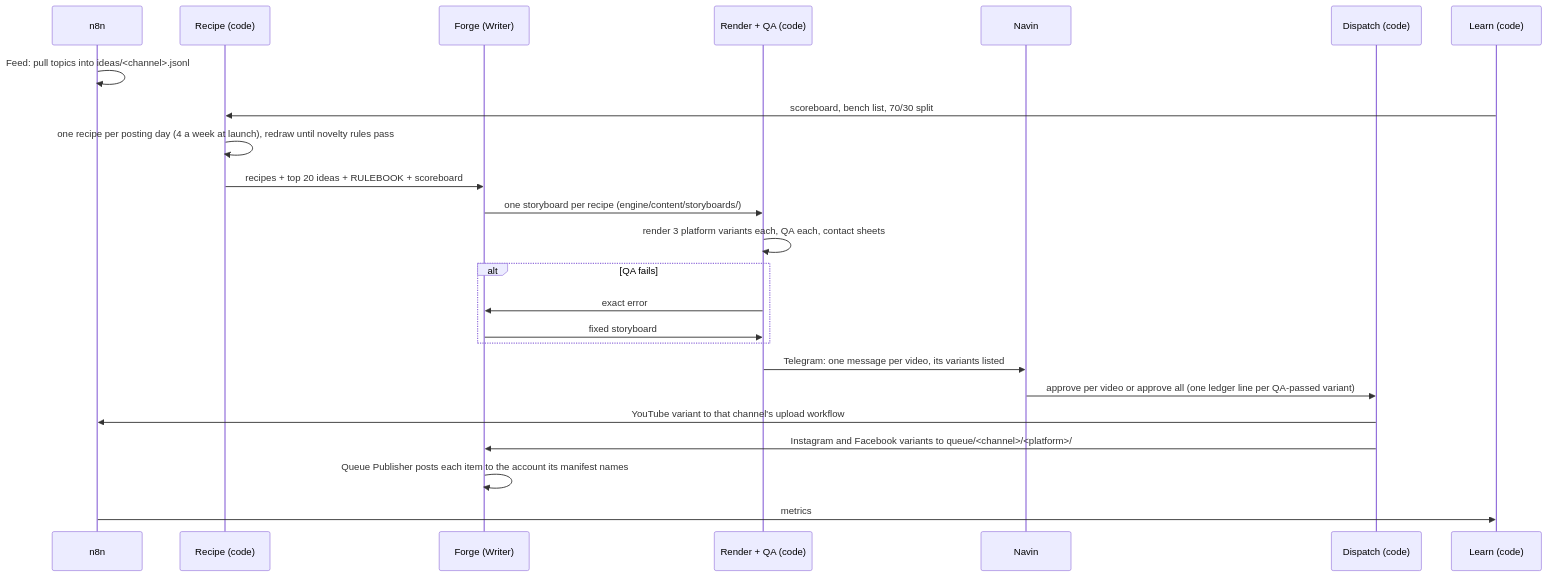
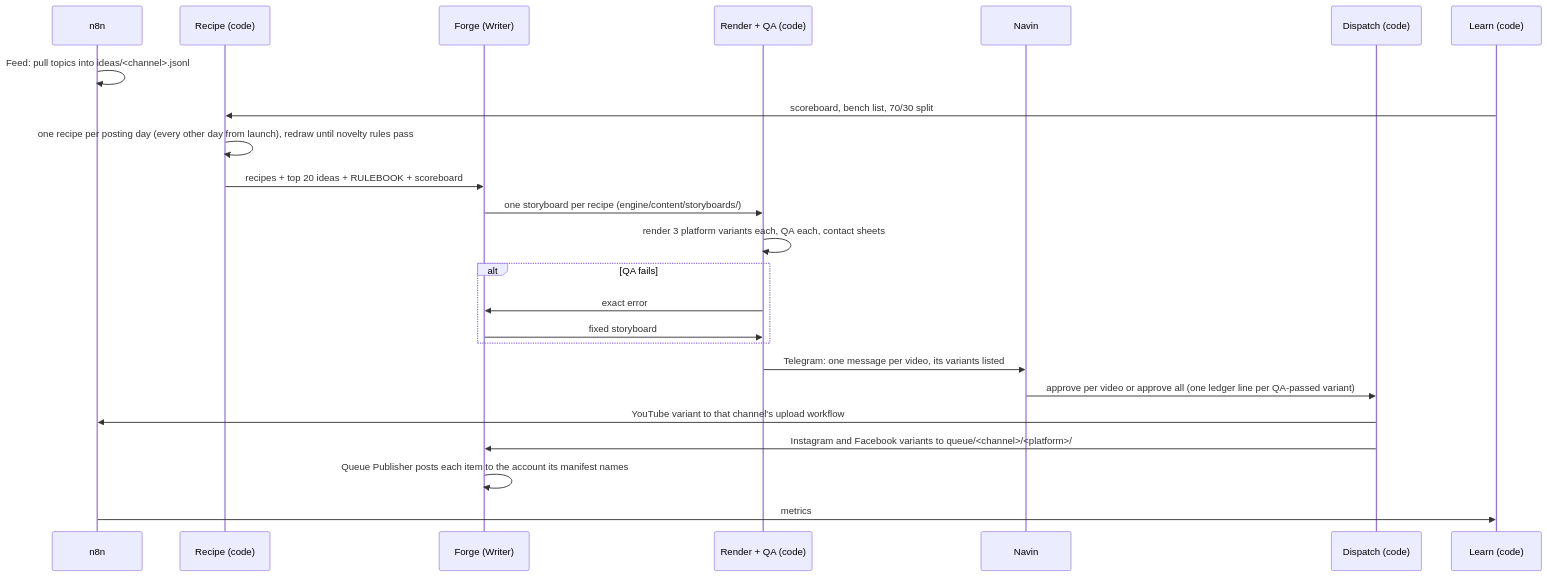
One commit to navin-labs/agent-studio changed the diagram in docs/WORKFLOW.md. Above: the diagram before and after it, drawn with Mermaid. The commit also changed 15 other files, not shown here.

Commit message:
feat: launch Sun 4 Oct, then every other day from launch (cadence every_days/start)

````diff
--- a/docs/WORKFLOW.md
+++ b/docs/WORKFLOW.md
@@ -6,26 +6,26 @@
 ```mermaid
 sequenceDiagram
   participant N8N as n8n
   participant REC as Recipe (code)
   participant FG as Forge (Writer)
   participant RE as Render + QA (code)
   participant NV as Navin
   participant DS as Dispatch (code)
   participant LN as Learn (code)
   N8N->>N8N: Feed: pull topics into ideas/<channel>.jsonl
   LN->>REC: scoreboard, bench list, 70/30 split
-  REC->>REC: one recipe per posting day (4 a week at launch), redraw until novelty rules pass
+  REC->>REC: one recipe per posting day (every other day from launch), redraw until novelty rules pass
   REC->>FG: recipes + top 20 ideas + RULEBOOK + scoreboard
   FG->>RE: one storyboard per recipe (engine/content/storyboards/)
   RE->>RE: render 3 platform variants each, QA each, contact sheets
   alt QA fails
     RE->>FG: exact error
     FG->>RE: fixed storyboard
   end
   RE->>NV: Telegram: one message per video, its variants listed
   NV->>DS: approve per video or approve all (one ledger line per QA-passed variant)
   DS->>N8N: YouTube variant to that channel's upload workflow
   DS->>FG: Instagram and Facebook variants to queue/<channel>/<platform>/
   FG->>FG: Queue Publisher posts each item to the account its manifest names
   N8N->>LN: metrics
 ```
````
